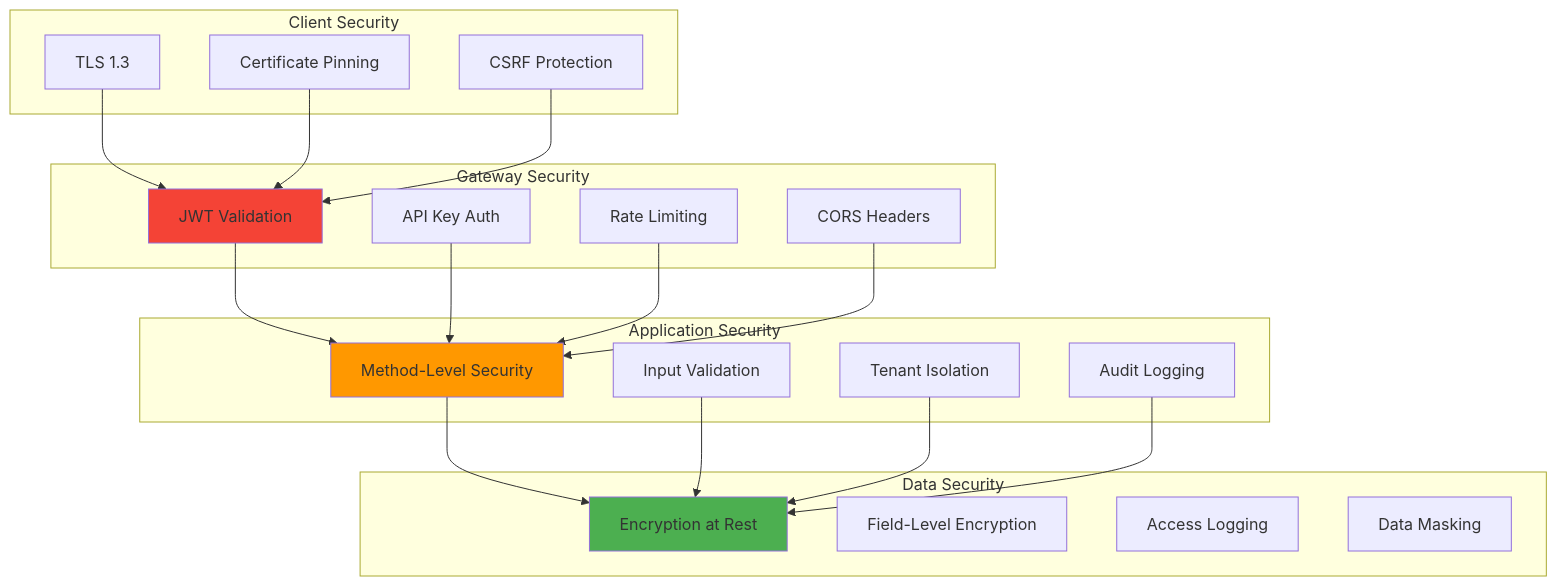
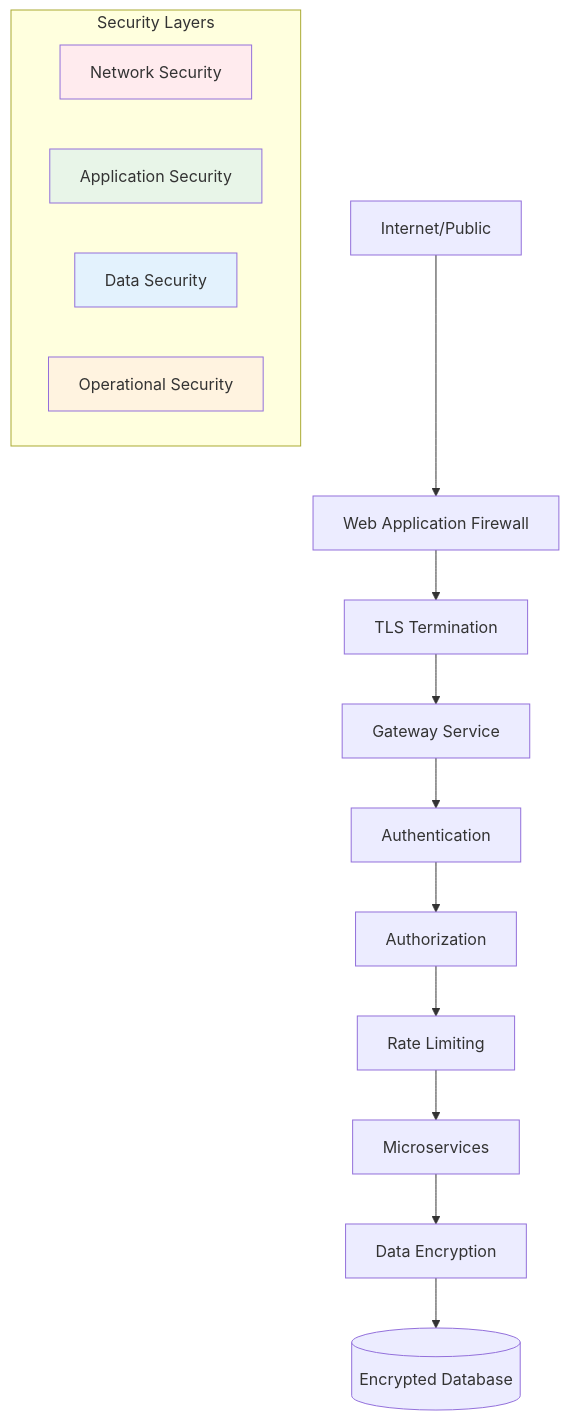
The diagram in docs/development/security/README.md (Praesto-Pro/openframe-oss-tenant), drawn with Mermaid before and after one commit. The commit also changed other lines of this file and 149 other files, not shown here.

````diff
--- a/docs/development/security/README.md
+++ b/docs/development/security/README.md
@@ -9,47 +9,26 @@
 ```mermaid
-graph TD
-    subgraph "Client Security"
-        A[TLS 1.3]
-        B[Certificate Pinning]
-        C[CSRF Protection]
+flowchart TD
+    Internet[Internet/Public] --> WAF[Web Application Firewall]
+    WAF --> TLS[TLS Termination]
+    TLS --> Gateway[Gateway Service]
+    
+    Gateway --> Auth[Authentication]
+    Auth --> Authz[Authorization]
+    Authz --> RateLimit[Rate Limiting]
+    RateLimit --> Services[Microservices]
+    
+    Services --> Encryption[Data Encryption]
+    Encryption --> Database[(Encrypted Database)]
+    
+    subgraph "Security Layers"
+        NetworkSec[Network Security]
+        AppSec[Application Security]
+        DataSec[Data Security]
+        OperationalSec[Operational Security]
     end
     
-    subgraph "Gateway Security"
-        D[JWT Validation]
-        E[API Key Auth]
-        F[Rate Limiting]
-        G[CORS Headers]
-    end
-    
-    subgraph "Application Security"
-        H[Method-Level Security]
-        I[Input Validation]
-        J[Tenant Isolation]
-        K[Audit Logging]
-    end
-    
-    subgraph "Data Security"
-        L[Encryption at Rest]
-        M[Field-Level Encryption]
-        N[Access Logging]
-        O[Data Masking]
-    end
-    
-    A --> D
-    B --> D
-    C --> D
-    
-    D --> H
-    E --> H
-    F --> H
-    G --> H
-    
-    H --> L
-    I --> L
-    J --> L
-    K --> L
-    
-    style D fill:#f44336
-    style H fill:#ff9800
-    style L fill:#4caf50
+    style NetworkSec fill:#ffebee
+    style AppSec fill:#e8f5e8
+    style DataSec fill:#e3f2fd
+    style OperationalSec fill:#fff3e0
 ```
````
